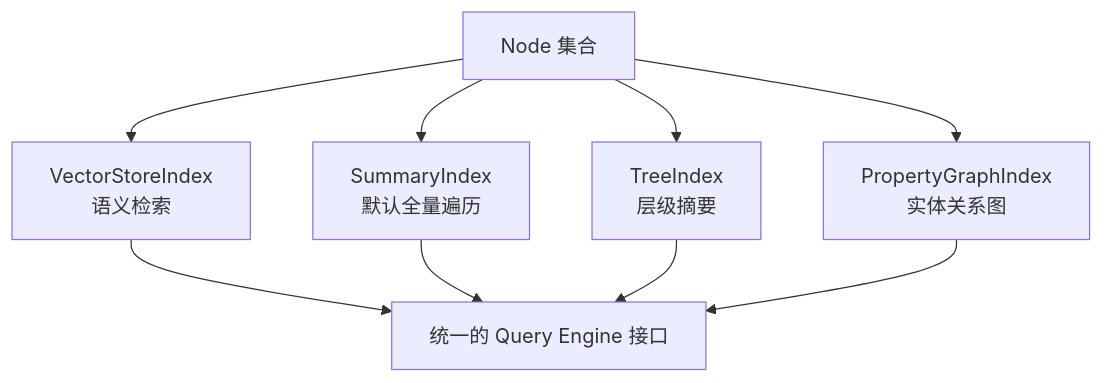
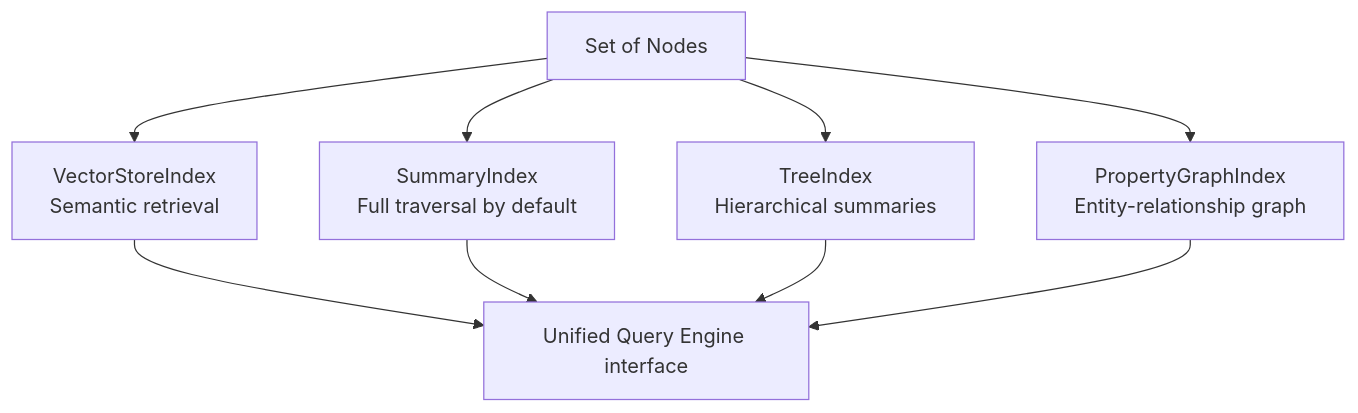
One commit to oneleaveknowsthefall/awesome-ai-roadmap changed the second of 2 diagrams in docs/frameworks/02-llamaindex/14-data-index-abstractions.md. Above: the diagram before and after it, drawn with Mermaid. The commit also changed other lines of this file and 70 other files, not shown here.

````diff
--- a/docs/frameworks/02-llamaindex/14-data-index-abstractions.md
+++ b/docs/frameworks/02-llamaindex/14-data-index-abstractions.md
@@ -67,11 +67,11 @@
 ```mermaid
 flowchart TB
-    N["Node 集合"] --> V["VectorStoreIndex<br/>语义检索"]
-    N --> S["SummaryIndex<br/>默认全量遍历"]
-    N --> T["TreeIndex<br/>层级摘要"]
-    N --> P["PropertyGraphIndex<br/>实体关系图"]
-    V --> Q["统一的 Query Engine 接口"]
+    N["Set of Nodes"] --> V["VectorStoreIndex<br/>Semantic retrieval"]
+    N --> S["SummaryIndex<br/>Full traversal by default"]
+    N --> T["TreeIndex<br/>Hierarchical summaries"]
+    N --> P["PropertyGraphIndex<br/>Entity-relationship graph"]
+    V --> Q["Unified Query Engine interface"]
     S --> Q
     T --> Q
     P --> Q
 ```
````
